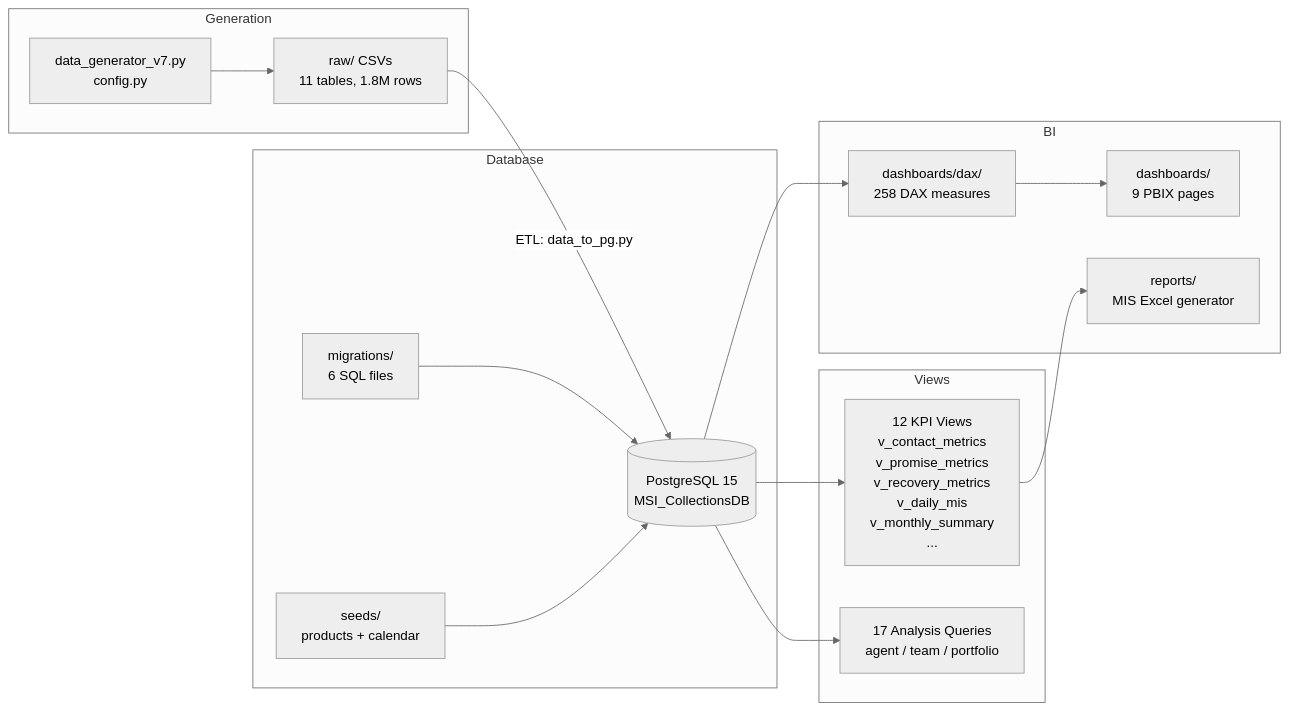
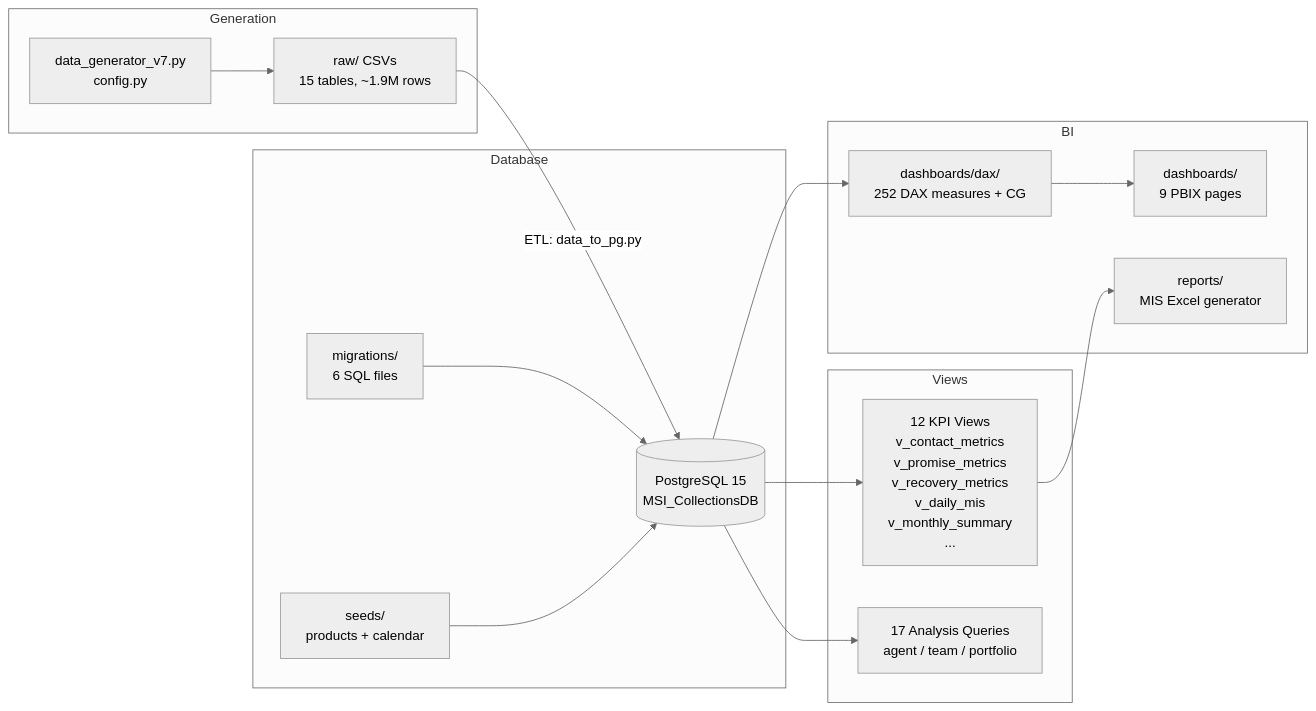
The diagram in README.md (rtrlpz/MIS-COLLECTIONS), drawn with Mermaid (neutral theme) before and after one commit. The commit also changed other lines of this file and 14 other files, not shown here.

````diff
--- a/README.md
+++ b/README.md
@@ -80,30 +80,30 @@
 ```mermaid
 flowchart LR
     subgraph Generation
         G[data_generator_v7.py<br/>config.py]
-        CSV[raw/ CSVs<br/>11 tables, 1.8M rows]
+        CSV[raw/ CSVs<br/>15 tables, ~1.9M rows]
     end
     subgraph Database
         PG[(PostgreSQL 15<br/>MSI_CollectionsDB)]
         MIG[migrations/<br/>6 SQL files]
         SEED[seeds/<br/>products + calendar]
     end
     subgraph Views
         V[12 KPI Views<br/>v_contact_metrics<br/>v_promise_metrics<br/>v_recovery_metrics<br/>v_daily_mis<br/>v_monthly_summary<br/>...]
         A[17 Analysis Queries<br/>agent / team / portfolio]
     end
     subgraph BI
-        DAX[dashboards/dax/<br/>258 DAX measures]
+        DAX[dashboards/dax/<br/>252 DAX measures + CG]
         PBI[dashboards/<br/>9 PBIX pages]
         EXCEL[reports/<br/>MIS Excel generator]
     end
     G --> CSV
     CSV -->|ETL: data_to_pg.py| PG
     MIG --> PG
     SEED --> PG
     PG --> V
     PG --> A
     PG --> DAX
     DAX --> PBI
     V --> EXCEL
 ```
````
